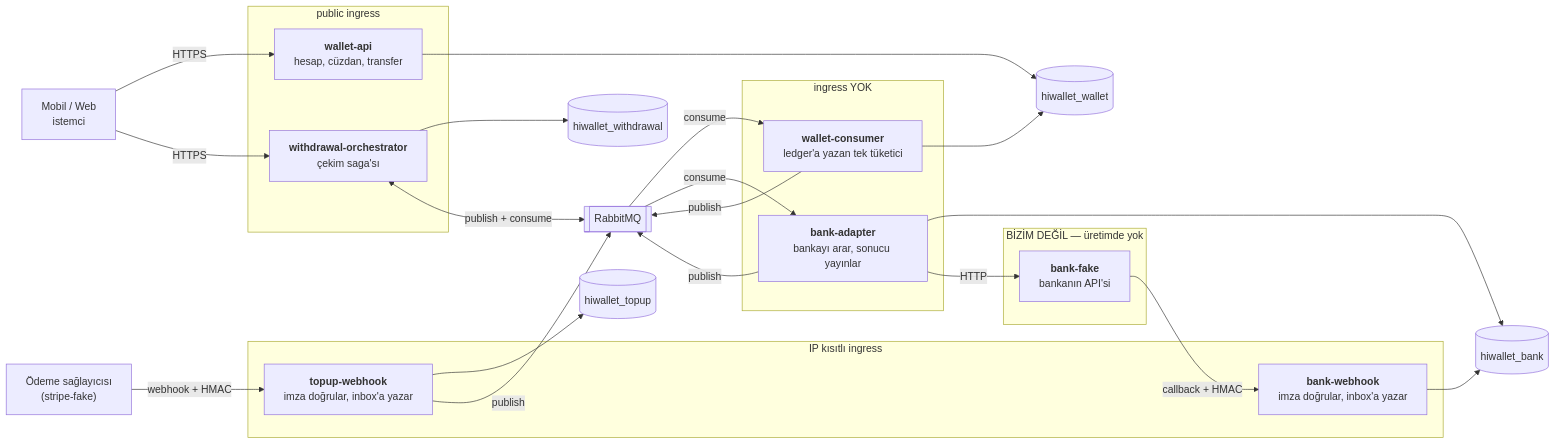
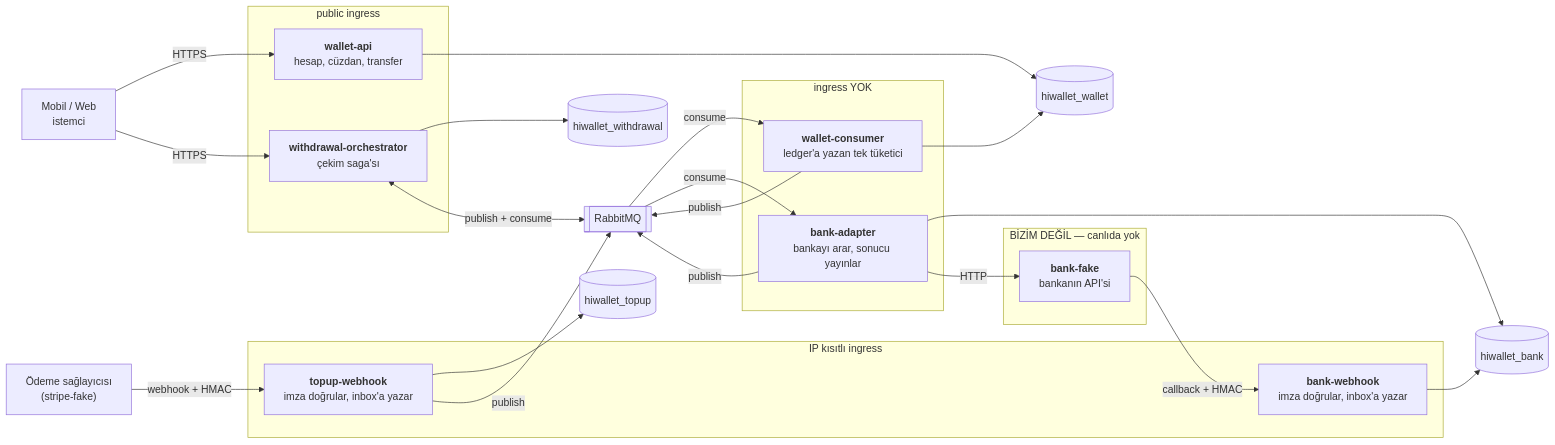
One commit to firate/HiWallet changed the first of 4 diagrams in docs/architecture.md. Above: the diagram before and after it, drawn with Mermaid. The commit also changed other lines of this file and 33 other files, not shown here.

````diff
--- a/docs/architecture.md
+++ b/docs/architecture.md
@@ -13,52 +13,52 @@
 ```mermaid
 flowchart LR
     client["Mobil / Web<br/>istemci"]
     provider["Ödeme sağlayıcısı<br/>(stripe-fake)"]
 
     subgraph public["public ingress"]
         api["<b>wallet-api</b><br/>hesap, cüzdan, transfer"]
         orch["<b>withdrawal-orchestrator</b><br/>çekim saga'sı"]
     end
 
     subgraph restricted["IP kısıtlı ingress"]
         hook["<b>topup-webhook</b><br/>imza doğrular, inbox'a yazar"]
         bhook["<b>bank-webhook</b><br/>imza doğrular, inbox'a yazar"]
     end
 
     subgraph noingress["ingress YOK"]
         consumer["<b>wallet-consumer</b><br/>ledger'a yazan tek tüketici"]
         adapter["<b>bank-adapter</b><br/>bankayı arar, sonucu yayınlar"]
     end
 
-    subgraph outside["BİZİM DEĞİL — üretimde yok"]
+    subgraph outside["BİZİM DEĞİL — canlıda yok"]
         bank["<b>bank-fake</b><br/>bankanın API'si"]
     end
 
     mq[["RabbitMQ"]]
 
     wdb[("hiwallet_wallet")]
     tdb[("hiwallet_topup")]
     odb[("hiwallet_withdrawal")]
     bdb[("hiwallet_bank")]
 
     client -->|HTTPS| api
     client -->|HTTPS| orch
     provider -->|"webhook + HMAC"| hook
     bank -->|"callback + HMAC"| bhook
 
     api --> wdb
     consumer --> wdb
     hook --> tdb
     orch --> odb
     adapter --> bdb
     bhook --> bdb
 
     adapter -->|"HTTP"| bank
 
     hook -->|publish| mq
     orch <-->|"publish + consume"| mq
     mq -->|consume| consumer
     consumer -->|publish| mq
     mq -->|consume| adapter
     adapter -->|publish| mq
 ```
````
